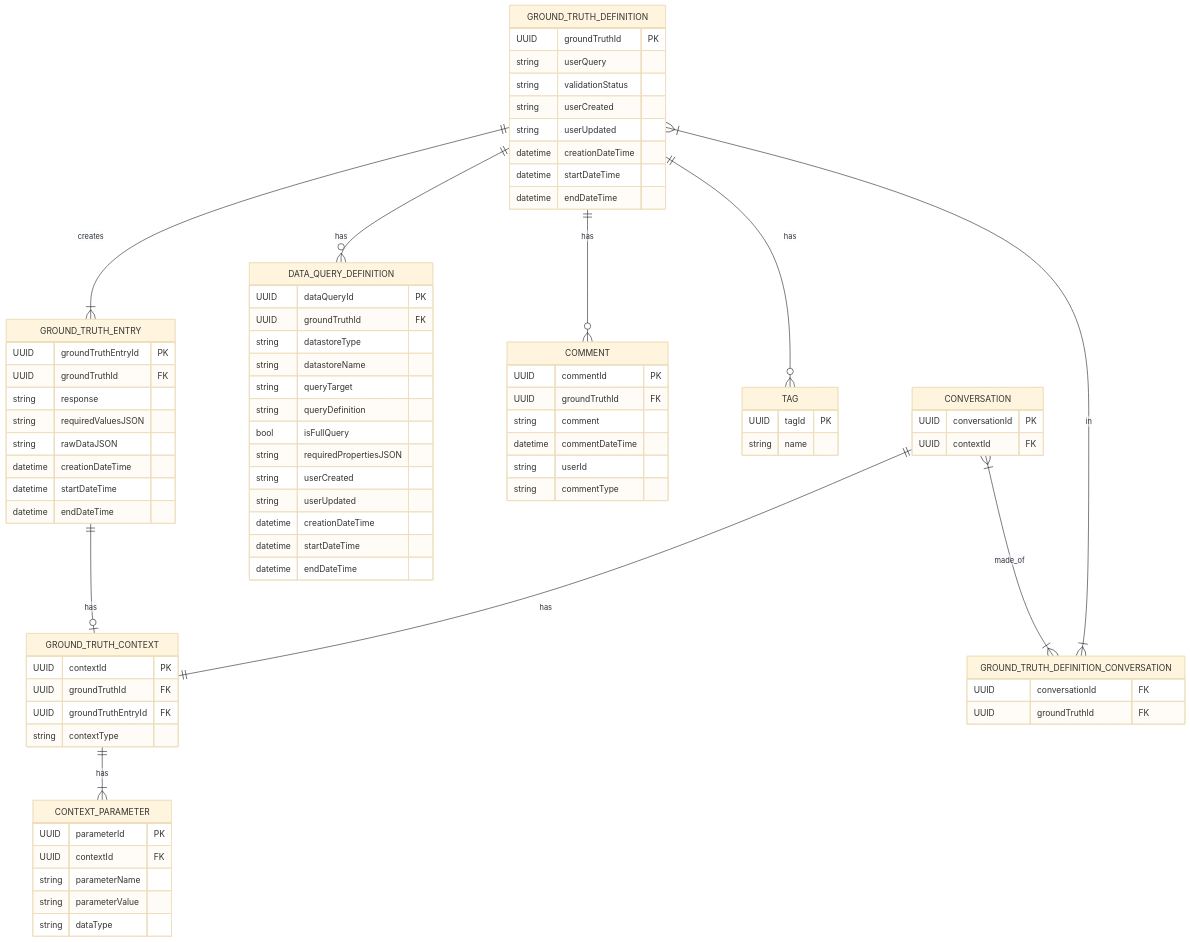
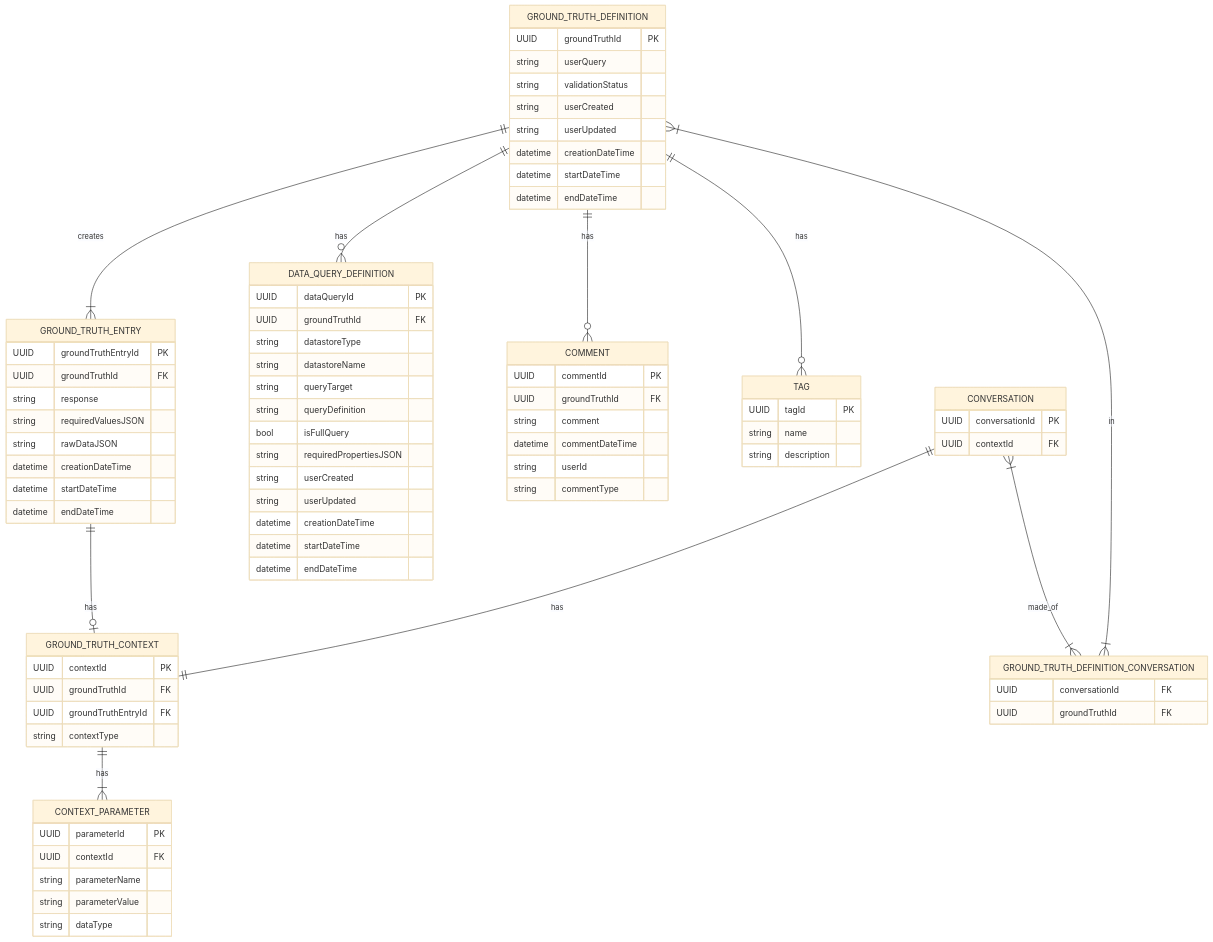
One commit to veritaserum27/Ground-Truth-Curation-App changed the diagram in docs/GroundTruthERD.md. Above: the diagram before and after it, drawn with Mermaid (base theme). The commit also changed 10 other files, not shown here.

````diff
--- a/docs/GroundTruthERD.md
+++ b/docs/GroundTruthERD.md
@@ -13,80 +13,81 @@
 ```mermaid
 erDiagram
     GROUND_TRUTH_DEFINITION ||--|{ GROUND_TRUTH_ENTRY : creates
     GROUND_TRUTH_DEFINITION ||--o{ DATA_QUERY_DEFINITION : has
     GROUND_TRUTH_DEFINITION ||--o{ COMMENT : has
     GROUND_TRUTH_DEFINITION ||--o{ TAG : has
     GROUND_TRUTH_CONTEXT ||--|{ CONTEXT_PARAMETER : has
     GROUND_TRUTH_ENTRY ||--o| GROUND_TRUTH_CONTEXT : has
     CONVERSATION ||--|| GROUND_TRUTH_CONTEXT : has
     CONVERSATION }|--|{ GROUND_TRUTH_DEFINITION_CONVERSATION : made_of
     GROUND_TRUTH_DEFINITION }|--|{ GROUND_TRUTH_DEFINITION_CONVERSATION : in
     GROUND_TRUTH_DEFINITION {
         UUID groundTruthId PK
         string userQuery
         string validationStatus
         string userCreated
         string userUpdated
         datetime creationDateTime
         datetime startDateTime
         datetime endDateTime
     }
     GROUND_TRUTH_ENTRY {
         UUID groundTruthEntryId PK
         UUID groundTruthId FK
         string response
         string requiredValuesJSON
         string rawDataJSON
         datetime creationDateTime
         datetime startDateTime
         datetime endDateTime
     }
     DATA_QUERY_DEFINITION {
         UUID dataQueryId PK
         UUID groundTruthId FK
         string datastoreType
         string datastoreName
         string queryTarget
         string queryDefinition
         bool isFullQuery
         string requiredPropertiesJSON
         string userCreated
         string userUpdated
         datetime creationDateTime
         datetime startDateTime
         datetime endDateTime
     }
     GROUND_TRUTH_CONTEXT {
         UUID contextId PK
         UUID groundTruthId FK
         UUID groundTruthEntryId FK
         string contextType
     }
     CONTEXT_PARAMETER {
         UUID parameterId PK
         UUID contextId FK
         string parameterName
         string parameterValue
         string dataType
     }
     COMMENT {
         UUID commentId PK
         UUID groundTruthId FK
         string comment
         datetime commentDateTime
         string userId
         string commentType
     }
     TAG {
         UUID tagId PK
         string name
+        string description
     }
     CONVERSATION {
         UUID conversationId PK
         UUID contextId FK
     }
     GROUND_TRUTH_DEFINITION_CONVERSATION {
         UUID conversationId FK
         UUID groundTruthId FK
     }
 ```
````
